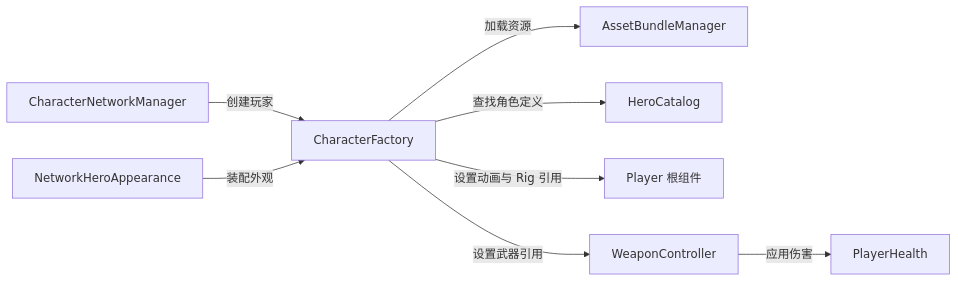
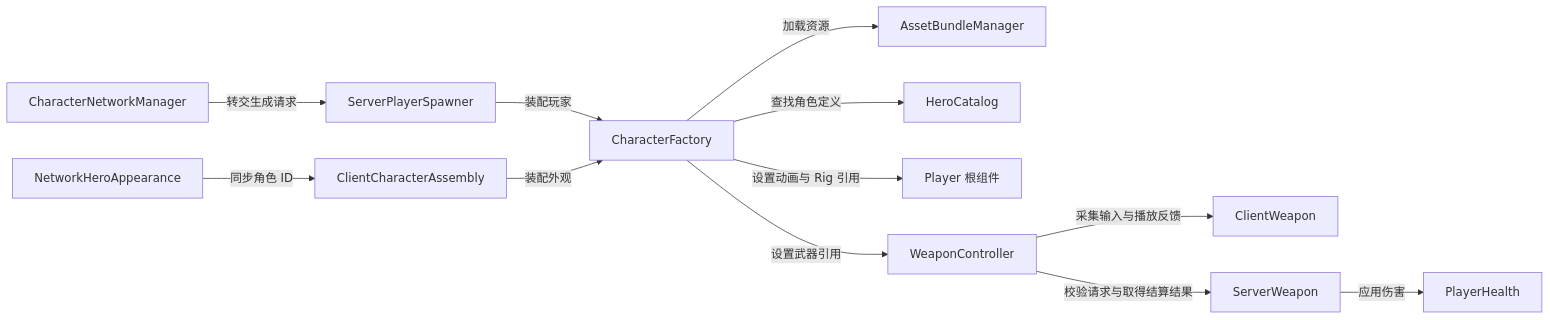
One commit to wenjuxing/multiplayer-tps changed the second of 2 diagrams in 项目文档/项目架构与模块介绍.md. Above: the diagram before and after it, drawn with Mermaid. The commit also changed other lines of this file and 122 other files, not shown here.

````diff
--- a/项目文档/项目架构与模块介绍.md
+++ b/项目文档/项目架构与模块介绍.md
@@ -45,19 +45,27 @@
 ```mermaid
 flowchart LR
     Net["CharacterNetworkManager"]
     Appearance["NetworkHeroAppearance"]
+    Spawner["ServerPlayerSpawner"]
+    ClientAssembly["ClientCharacterAssembly"]
     Factory["CharacterFactory"]
     Bundles["AssetBundleManager"]
     Catalog["HeroCatalog"]
     Player["Player 根组件"]
     Combat["WeaponController"]
+    ClientWeapon["ClientWeapon"]
+    ServerWeapon["ServerWeapon"]
     Health["PlayerHealth"]
 
-    Net -->|创建玩家| Factory
-    Appearance -->|装配外观| Factory
+    Net -->|转交生成请求| Spawner
+    Spawner -->|装配玩家| Factory
+    Appearance -->|同步角色 ID| ClientAssembly
+    ClientAssembly -->|装配外观| Factory
     Factory -->|加载资源| Bundles
     Factory -->|查找角色定义| Catalog
     Factory -->|设置动画与 Rig 引用| Player
     Factory -->|设置武器引用| Combat
-    Combat -->|应用伤害| Health
+    Combat -->|采集输入与播放反馈| ClientWeapon
+    Combat -->|校验请求与取得结算结果| ServerWeapon
+    ServerWeapon -->|应用伤害| Health
 ```
````
